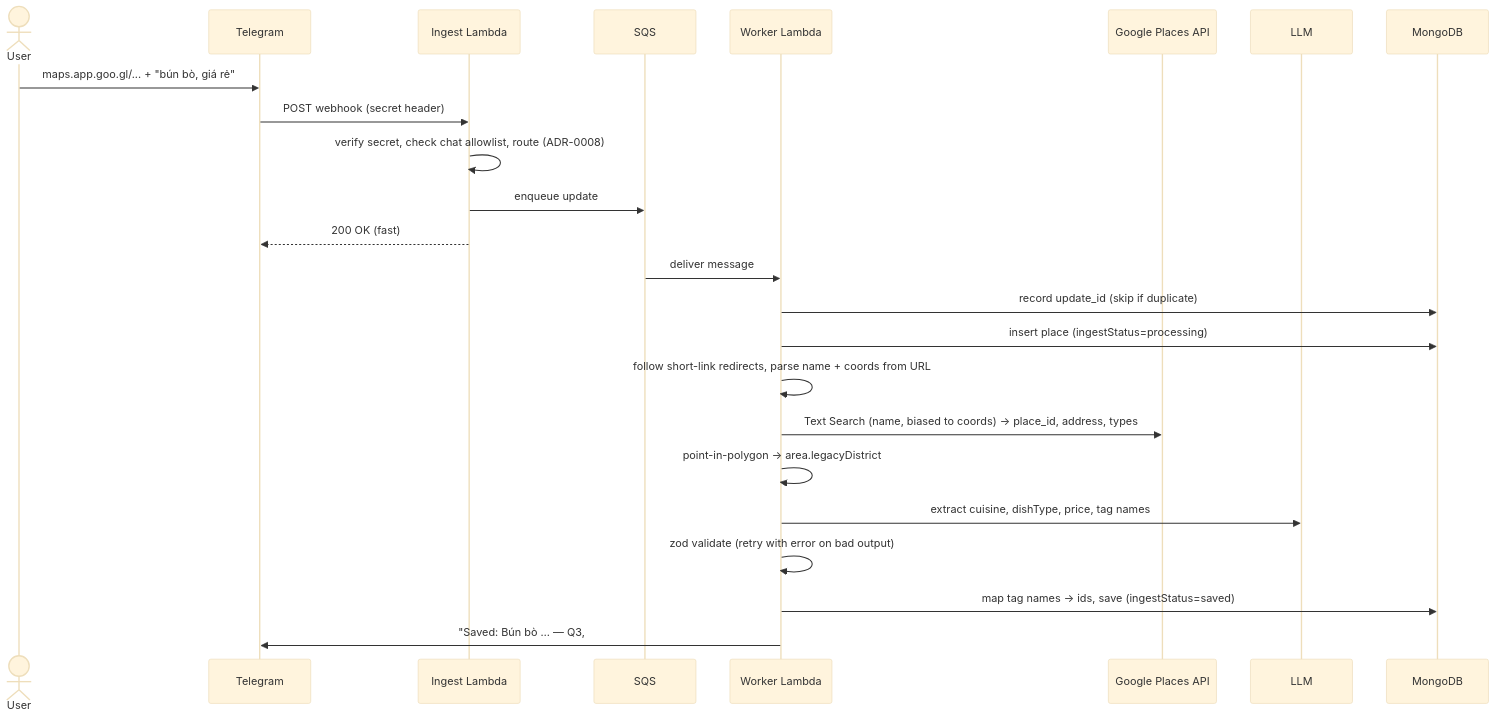
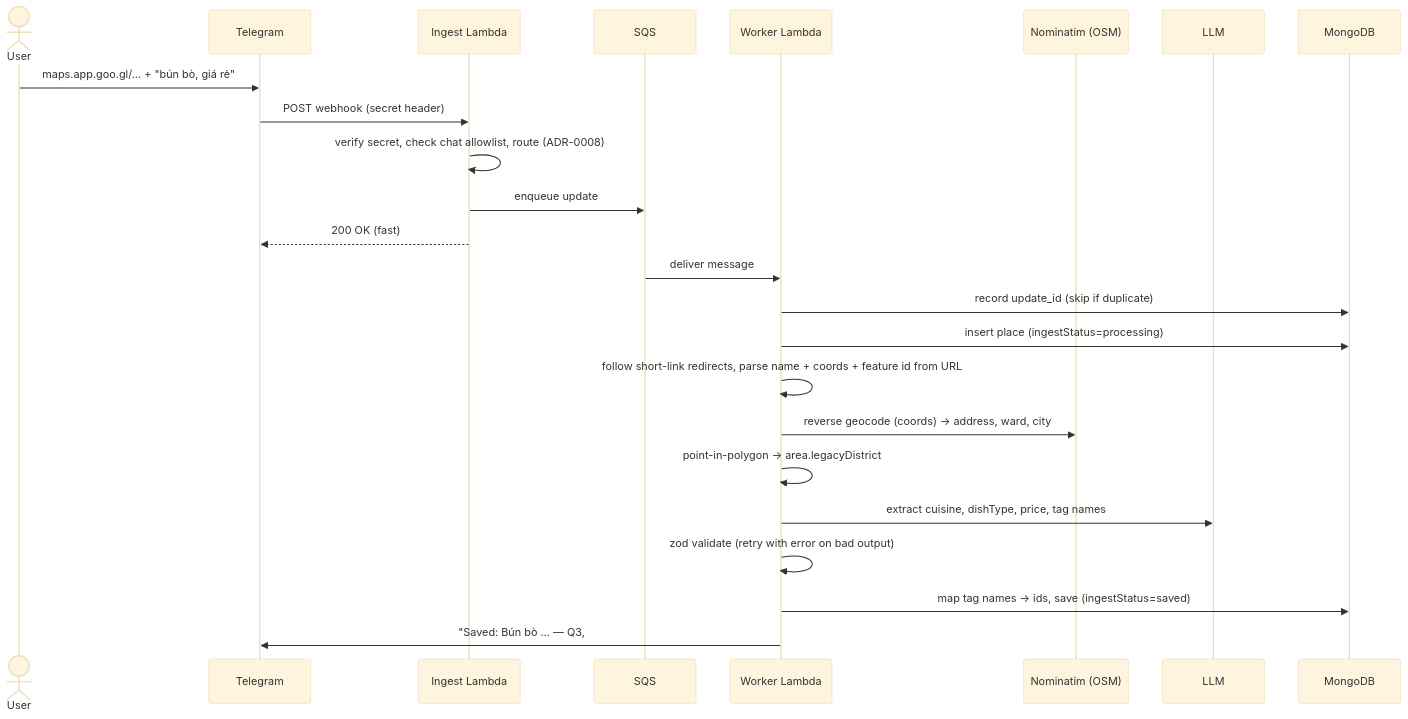
The second of 3 diagrams in docs/architecture.md (btrongtin/angiday), drawn with Mermaid (base theme) before and after one commit. The commit also changed other lines of this file and 8 other files, not shown here.

Commit message:
feat/update: update docs flow, remove google map api usage

````diff
--- a/docs/architecture.md
+++ b/docs/architecture.md
@@ -81,27 +81,27 @@
 ```mermaid
 sequenceDiagram
   actor U as User
   participant TG as Telegram
   participant IL as Ingest Lambda
   participant Q as SQS
   participant W as Worker Lambda
-  participant M as Google Places API
+  participant M as Nominatim (OSM)
   participant L as LLM
   participant DB as MongoDB
 
   U->>TG: maps.app.goo.gl/... + "bún bò, giá rẻ"
   TG->>IL: POST webhook (secret header)
   IL->>IL: verify secret, check chat allowlist, route (ADR-0008)
   IL->>Q: enqueue update
   IL-->>TG: 200 OK (fast)
   Q->>W: deliver message
   W->>DB: record update_id (skip if duplicate)
   W->>DB: insert place (ingestStatus=processing)
-  W->>W: follow short-link redirects, parse name + coords from URL
-  W->>M: Text Search (name, biased to coords) → place_id, address, types
+  W->>W: follow short-link redirects, parse name + coords + feature id from URL
+  W->>M: reverse geocode (coords) → address, ward, city
   W->>W: point-in-polygon → area.legacyDistrict
   W->>L: extract cuisine, dishType, price, tag names
   W->>W: zod validate (retry with error on bad output)
   W->>DB: map tag names → ids, save (ingestStatus=saved)
   W->>TG: "Saved: Bún bò … — Q3, #giá-rẻ"
 ```
````
